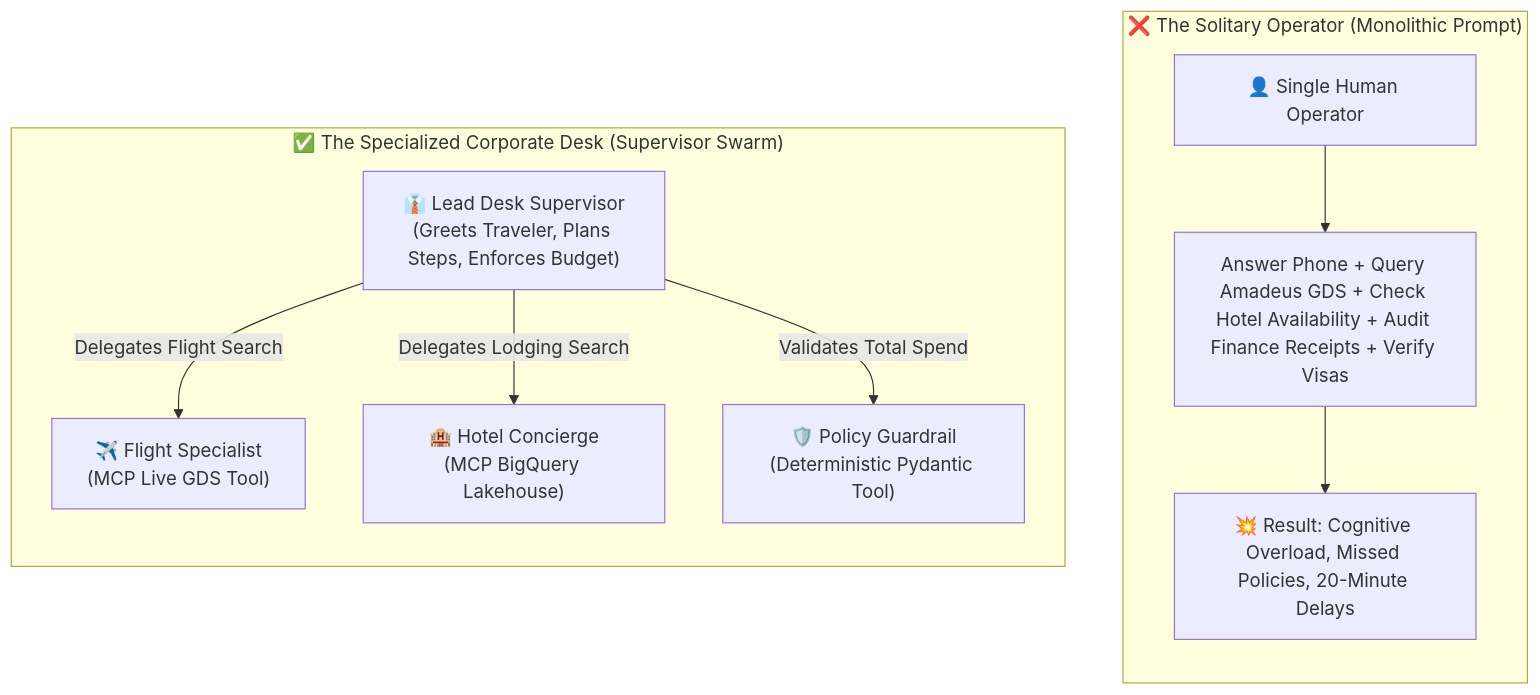
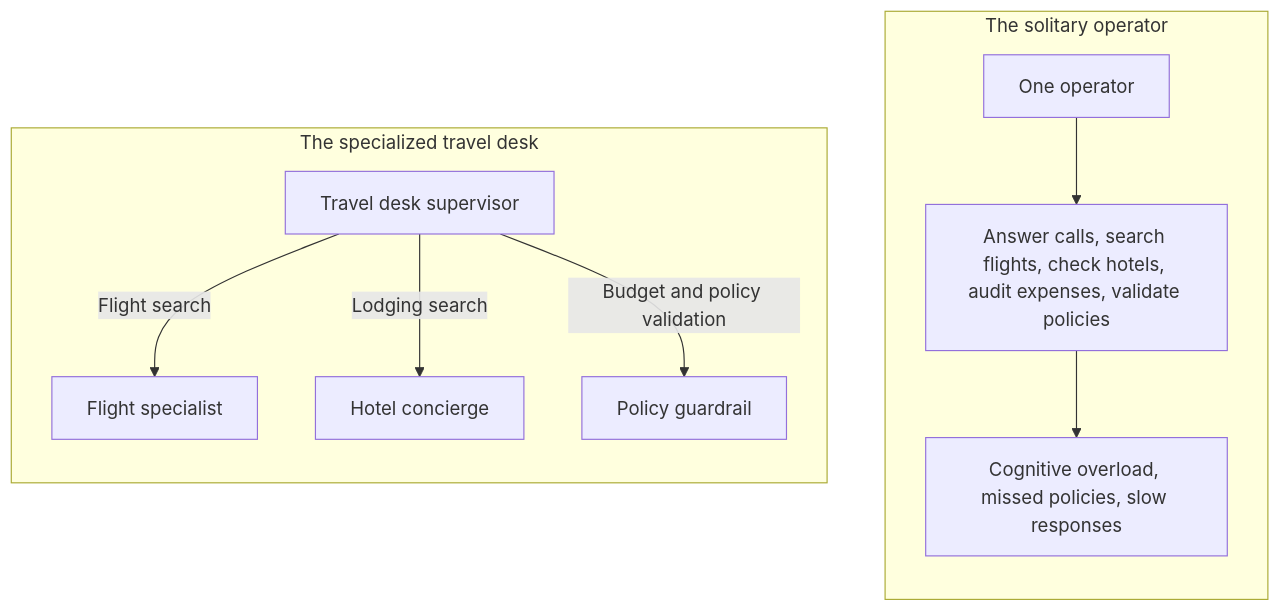
Before and after one commit to tharun15/gcloudcafe: the first of 3 diagrams in content/english/blog/gemini-enterprise-multi-agent-swarm-adk-mcp.md, drawn with Mermaid. The commit also changed other lines of this file and 1 other file, not shown here.

````diff
--- a/content/english/blog/gemini-enterprise-multi-agent-swarm-adk-mcp.md
+++ b/content/english/blog/gemini-enterprise-multi-agent-swarm-adk-mcp.md
@@ -46,21 +51,21 @@
 ```mermaid
 flowchart TD
-    subgraph Monolith["❌ The Solitary Operator (Monolithic Prompt)"]
+    subgraph Monolith["The solitary operator"]
         direction TB
-        M1["👤 Single Human Operator"]
-        M2["Answer Phone + Query Amadeus GDS + Check Hotel Availability + Audit Finance Receipts + Verify Visas"]
-        M3["💥 Result: Cognitive Overload, Missed Policies, 20-Minute Delays"]
+        M1["One operator"]
+        M2["Answer calls, search flights, check hotels, audit expenses, validate policies"]
+        M3["Cognitive overload, missed policies, slow responses"]
         M1 --> M2 --> M3
     end
 
-    subgraph MultiAgent["✅ The Specialized Corporate Desk (Supervisor Swarm)"]
+    subgraph MultiAgent["The specialized travel desk"]
         direction TB
-        S["👔 Lead Desk Supervisor<br/>(Greets Traveler, Plans Steps, Enforces Budget)"]
-        W1["✈️ Flight Specialist<br/>(MCP Live GDS Tool)"]
-        W2["🏨 Hotel Concierge<br/>(MCP BigQuery Lakehouse)"]
-        W3["🛡️ Policy Guardrail<br/>(Deterministic Pydantic Tool)"]
-        S -->|"Delegates Flight Search"| W1
-        S -->|"Delegates Lodging Search"| W2
-        S -->|"Validates Total Spend"| W3
+        S["Travel desk supervisor"]
+        W1["Flight specialist"]
+        W2["Hotel concierge"]
+        W3["Policy guardrail"]
+        S -->|"Flight search"| W1
+        S -->|"Lodging search"| W2
+        S -->|"Budget and policy validation"| W3
     end
 ```
````
